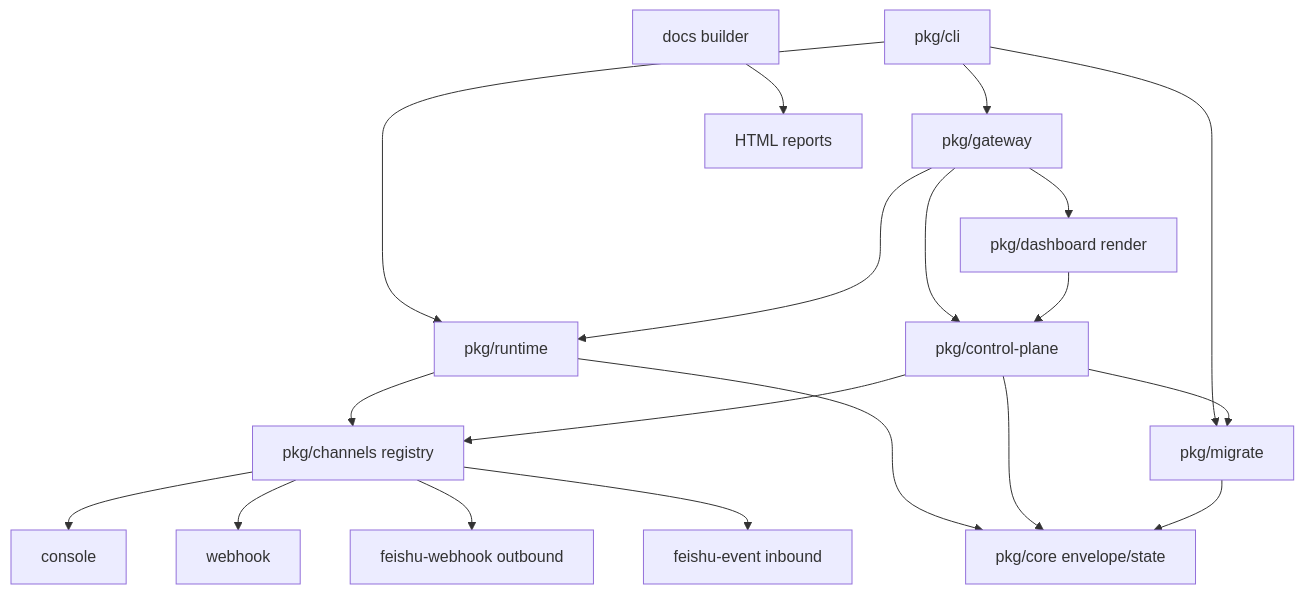
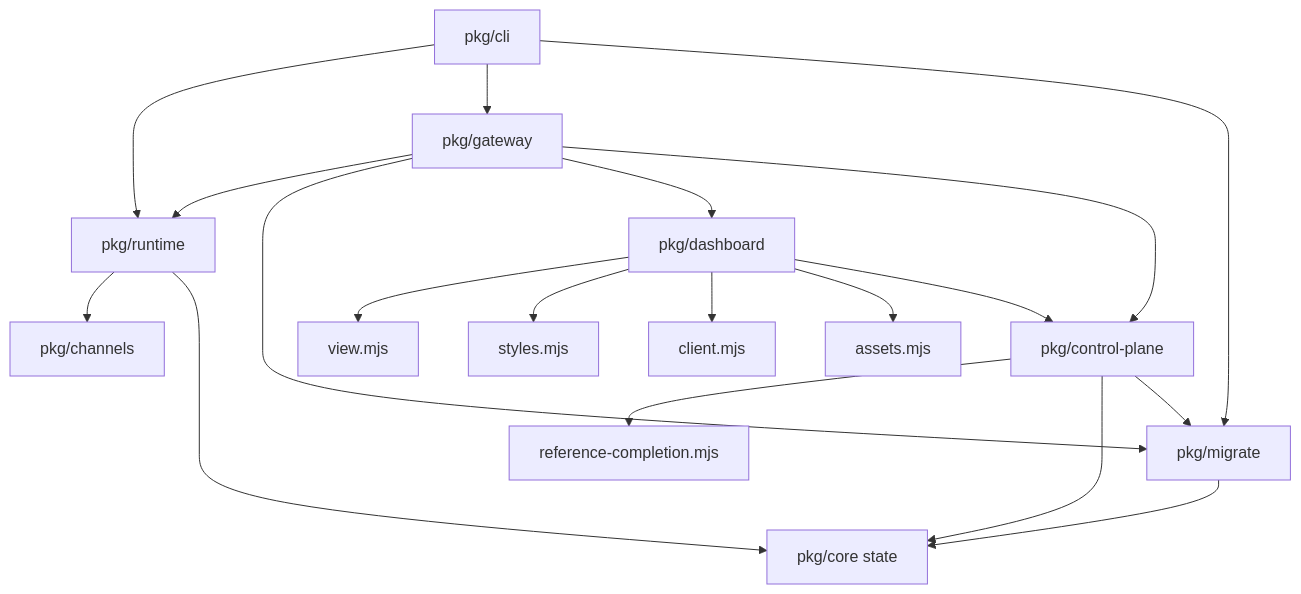
Before and after one commit to mayf3/myclaw: the second of 8 diagrams in docs/implementation-architecture.md, drawn with Mermaid. The commit also changed other lines of this file and 13 other files, not shown here.

Commit message:
feat: add reference-aware dashboard

````diff
--- a/docs/implementation-architecture.md
+++ b/docs/implementation-architecture.md
@@ -55,22 +83,21 @@
 ```mermaid
 flowchart TB
   CLI[pkg/cli] --> Runtime[pkg/runtime]
   CLI --> Gateway[pkg/gateway]
   CLI --> Migrate[pkg/migrate]
   Gateway --> Runtime
-  Gateway --> Dashboard[pkg/dashboard render]
+  Gateway --> Migrate
+  Gateway --> Dashboard[pkg/dashboard]
   Gateway --> Control[pkg/control-plane]
+  Dashboard --> View[view.mjs]
+  Dashboard --> Styles[styles.mjs]
+  Dashboard --> Client[client.mjs]
+  Dashboard --> Assets[assets.mjs]
   Dashboard --> Control
-  Runtime --> Channels[pkg/channels registry]
-  Runtime --> Core[pkg/core envelope/state]
-  Control --> Core
-  Control --> Channels
+  Control --> Reference[reference-completion.mjs]
+  Control --> Core[pkg/core state]
   Control --> Migrate
+  Runtime --> Channels[pkg/channels]
+  Runtime --> Core
   Migrate --> Core
-  Docs[docs builder] --> Html[HTML reports]
-
-  Channels --> Console[console]
-  Channels --> Webhook[webhook]
-  Channels --> FeishuWebhook[feishu-webhook outbound]
-  Channels --> FeishuEvent[feishu-event inbound]
 ```
````
